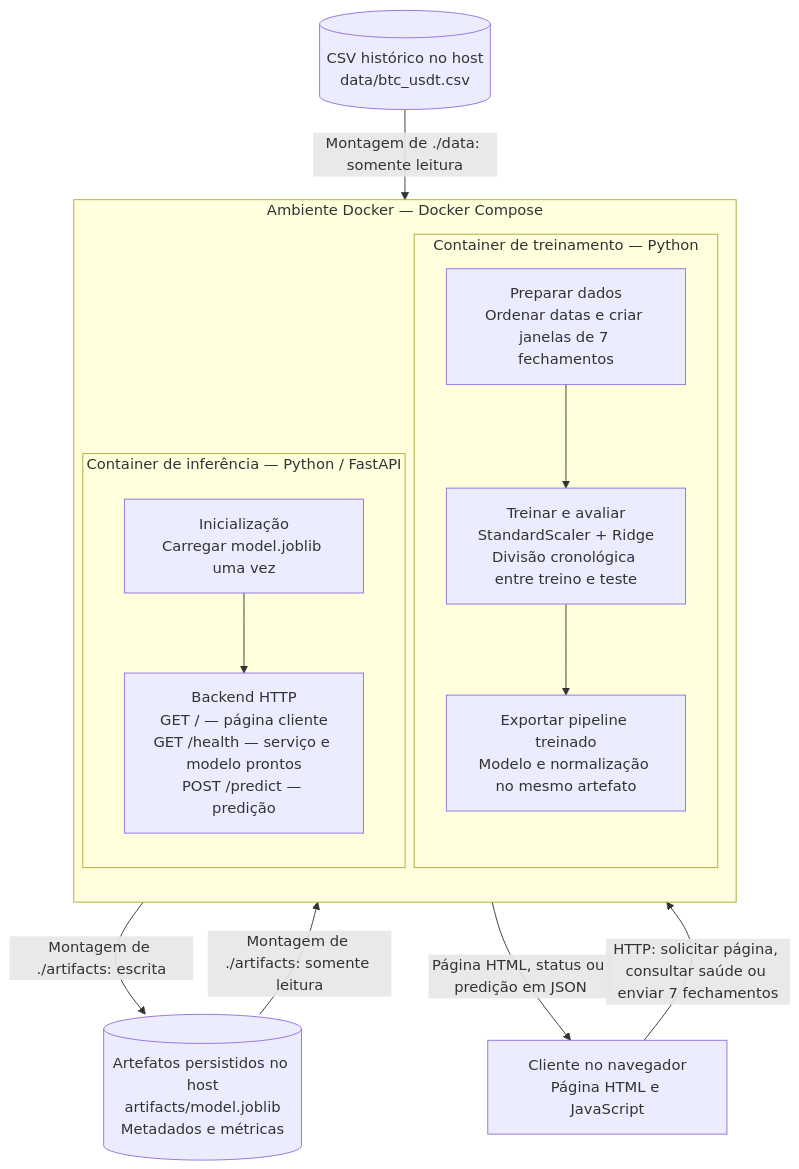
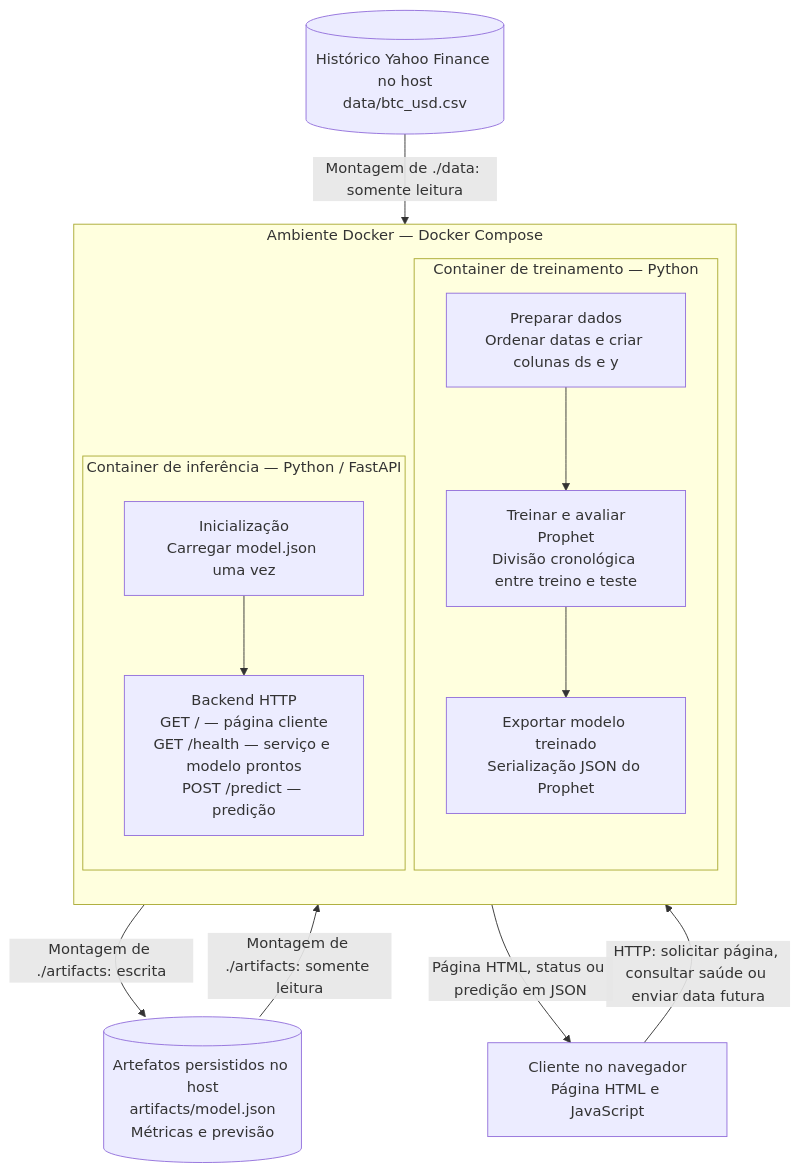
One commit to cauetaddeo/ponderada-Pevisao-Bitcoin changed the first of 2 diagrams in README.md. Above: the diagram before and after it, drawn with Mermaid. The commit also changed other lines of this file and 7 other files, not shown here.

Commit message:
feat/adiciona o modelo prophet

````diff
--- a/README.md
+++ b/README.md
@@ -7,29 +14,29 @@
 ```mermaid
 flowchart TB
     cliente["Cliente no navegador<br/>Página HTML e JavaScript"]
-    dados[("CSV histórico no host<br/>data/btc_usdt.csv")]
-    artefatos[("Artefatos persistidos no host<br/>artifacts/model.joblib<br/>Metadados e métricas")]
+    dados[("Histórico Yahoo Finance no host<br/>data/btc_usd.csv")]
+    artefatos[("Artefatos persistidos no host<br/>artifacts/model.json<br/>Métricas e previsão")]
 
     subgraph docker["Ambiente Docker — Docker Compose"]
         direction TB
 
         subgraph treinamento["Container de treinamento — Python"]
-            preparar["Preparar dados<br/>Ordenar datas e criar janelas de 7 fechamentos"]
-            treinar["Treinar e avaliar<br/>StandardScaler + Ridge<br/>Divisão cronológica entre treino e teste"]
-            exportar["Exportar pipeline treinado<br/>Modelo e normalização no mesmo artefato"]
+            preparar["Preparar dados<br/>Ordenar datas e criar colunas ds e y"]
+            treinar["Treinar e avaliar<br/>Prophet<br/>Divisão cronológica entre treino e teste"]
+            exportar["Exportar modelo treinado<br/>Serialização JSON do Prophet"]
             preparar --> treinar --> exportar
         end
 
         subgraph inferencia["Container de inferência — Python / FastAPI"]
-            carregar["Inicialização<br/>Carregar model.joblib uma vez"]
+            carregar["Inicialização<br/>Carregar model.json uma vez"]
             api["Backend HTTP<br/>GET / — página cliente<br/>GET /health — serviço e modelo prontos<br/>POST /predict — predição"]
             carregar --> api
         end
     end
 
     dados -->|"Montagem de ./data: somente leitura"| preparar
     exportar -->|"Montagem de ./artifacts: escrita"| artefatos
     artefatos -->|"Montagem de ./artifacts: somente leitura"| carregar
-    cliente -->|"HTTP: solicitar página, consultar saúde ou enviar 7 fechamentos"| api
+    cliente -->|"HTTP: solicitar página, consultar saúde ou enviar data futura"| api
     api -->|"Página HTML, status ou predição em JSON"| cliente
 ```
````
